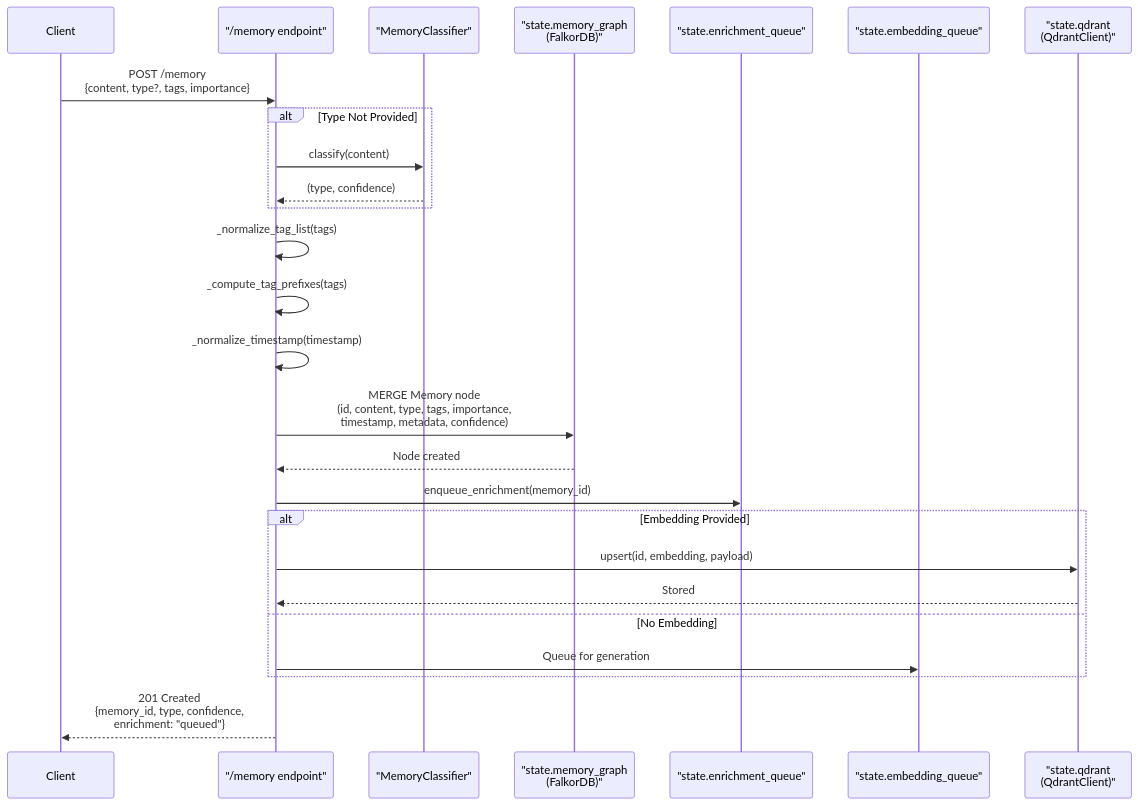
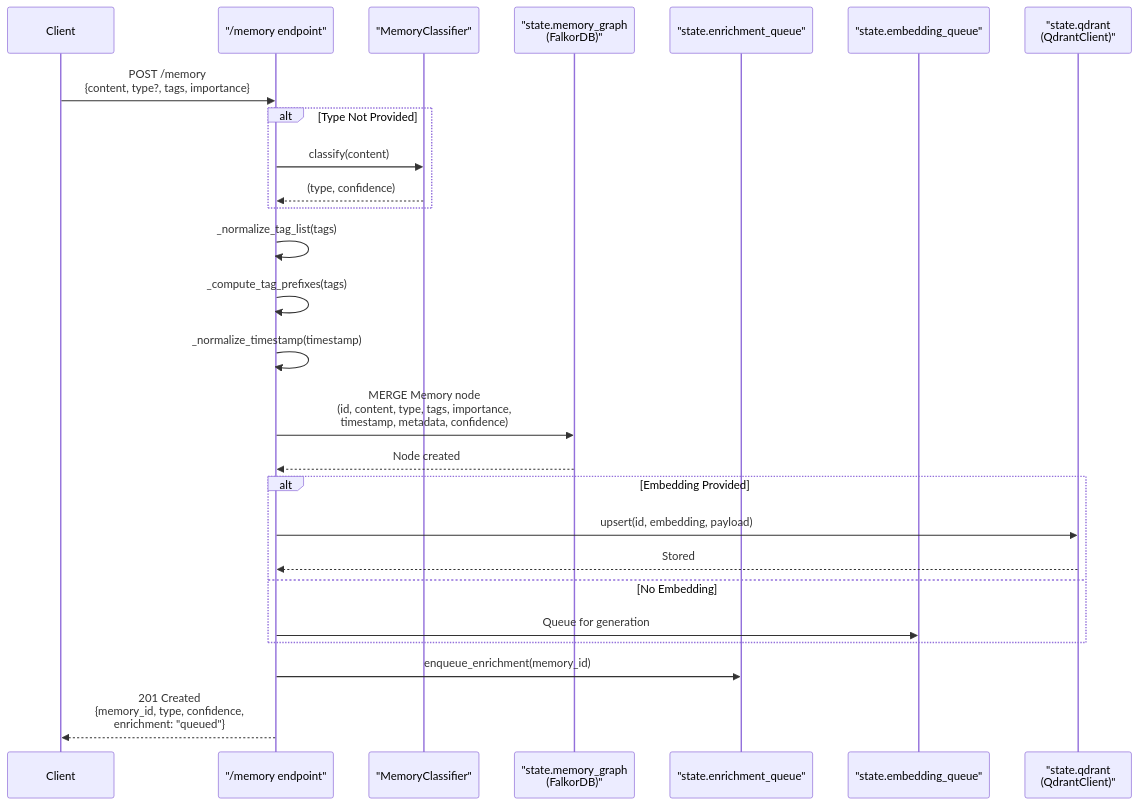
One commit to verygoodplugins/automem-website changed the second of 4 diagrams in src/content/docs/docs/reference/api/memory-operations.md. Above: the diagram before and after it, drawn with Mermaid. The commit also changed other lines of this file and 6 other files, not shown here.

````diff
--- a/src/content/docs/docs/reference/api/memory-operations.md
+++ b/src/content/docs/docs/reference/api/memory-operations.md
@@ -138,35 +138,35 @@
 ```mermaid
 sequenceDiagram
     participant Client
     participant POST_memory as "/memory endpoint"
     participant Classifier as "MemoryClassifier"
     participant Graph as "state.memory_graph<br/>(FalkorDB)"
     participant EnrichQ as "state.enrichment_queue"
     participant EmbedQ as "state.embedding_queue"
     participant Qdrant as "state.qdrant<br/>(QdrantClient)"
 
     Client->>POST_memory: POST /memory<br/>{content, type?, tags, importance}
 
     alt Type Not Provided
         POST_memory->>Classifier: classify(content)
         Classifier-->>POST_memory: (type, confidence)
     end
 
     POST_memory->>POST_memory: _normalize_tag_list(tags)
     POST_memory->>POST_memory: _compute_tag_prefixes(tags)
     POST_memory->>POST_memory: _normalize_timestamp(timestamp)
 
     POST_memory->>Graph: MERGE Memory node<br/>(id, content, type, tags, importance,<br/>timestamp, metadata, confidence)
     Graph-->>POST_memory: Node created
 
-    POST_memory->>EnrichQ: enqueue_enrichment(memory_id)
-
     alt Embedding Provided
         POST_memory->>Qdrant: upsert(id, embedding, payload)
         Qdrant-->>POST_memory: Stored
     else No Embedding
         POST_memory->>EmbedQ: Queue for generation
     end
 
+    POST_memory->>EnrichQ: enqueue_enrichment(memory_id)
+
     POST_memory-->>Client: 201 Created<br/>{memory_id, type, confidence,<br/>enrichment: "queued"}
 ```
````
